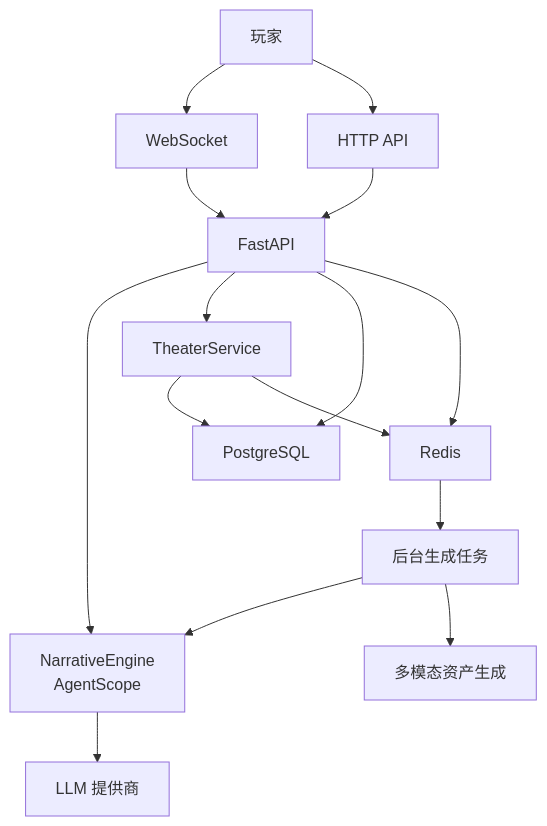
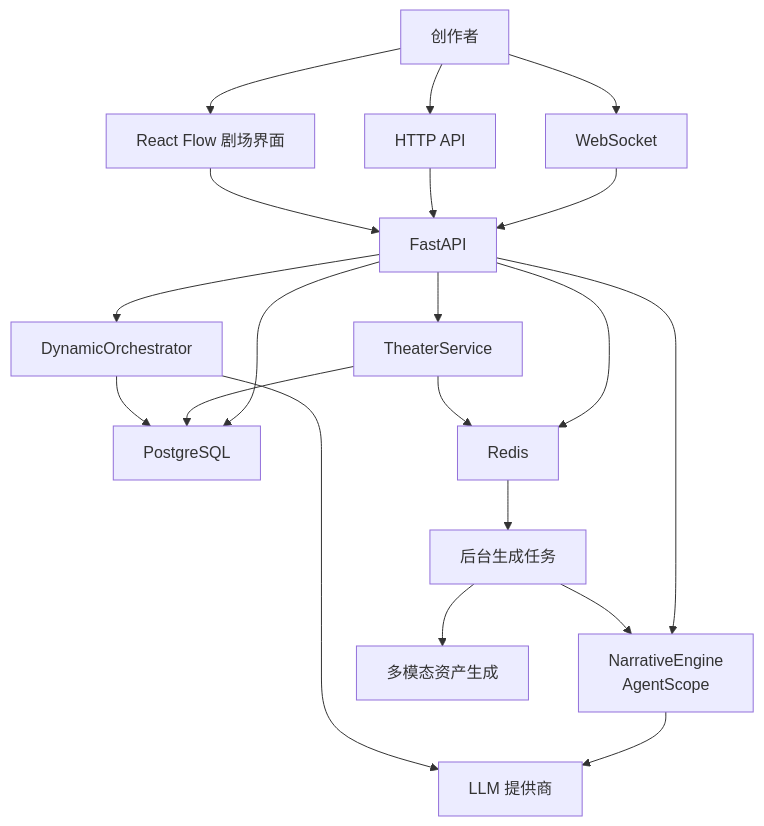
Before and after one commit to KunLabAI/KunFlix: the second of 9 diagrams in .qoder/repowiki/zh/content/项目概述/系统简介与核心特性.md, drawn with Mermaid. The commit also changed other lines of this file and 88 other files, not shown here.

````diff
--- a/.qoder/repowiki/zh/content/项目概述/系统简介与核心特性.md
+++ b/.qoder/repowiki/zh/content/项目概述/系统简介与核心特性.md
@@ -110,17 +111,22 @@
 ```mermaid
 graph TB
-U["玩家"] --> WS["WebSocket"]
+U["创作者"] --> WS["WebSocket"]
 U --> HTTP["HTTP API"]
+U --> RF["React Flow 剧场界面"]
 WS --> API["FastAPI"]
 HTTP --> API
+RF --> API
 API --> NE["NarrativeEngine<br/>AgentScope"]
-API --> GS["TheaterService"]
+API --> TS["TheaterService"]
+API --> ORCH["DynamicOrchestrator"]
 API --> DB["PostgreSQL"]
 API --> R["Redis"]
 NE --> LLM["LLM 提供商"]
-GS --> DB
-GS --> R
+TS --> DB
+TS --> R
+ORCH --> DB
+ORCH --> LLM
 R --> GEN["后台生成任务"]
 GEN --> NE
 GEN --> ASSET["多模态资产生成"]
 ```
````
